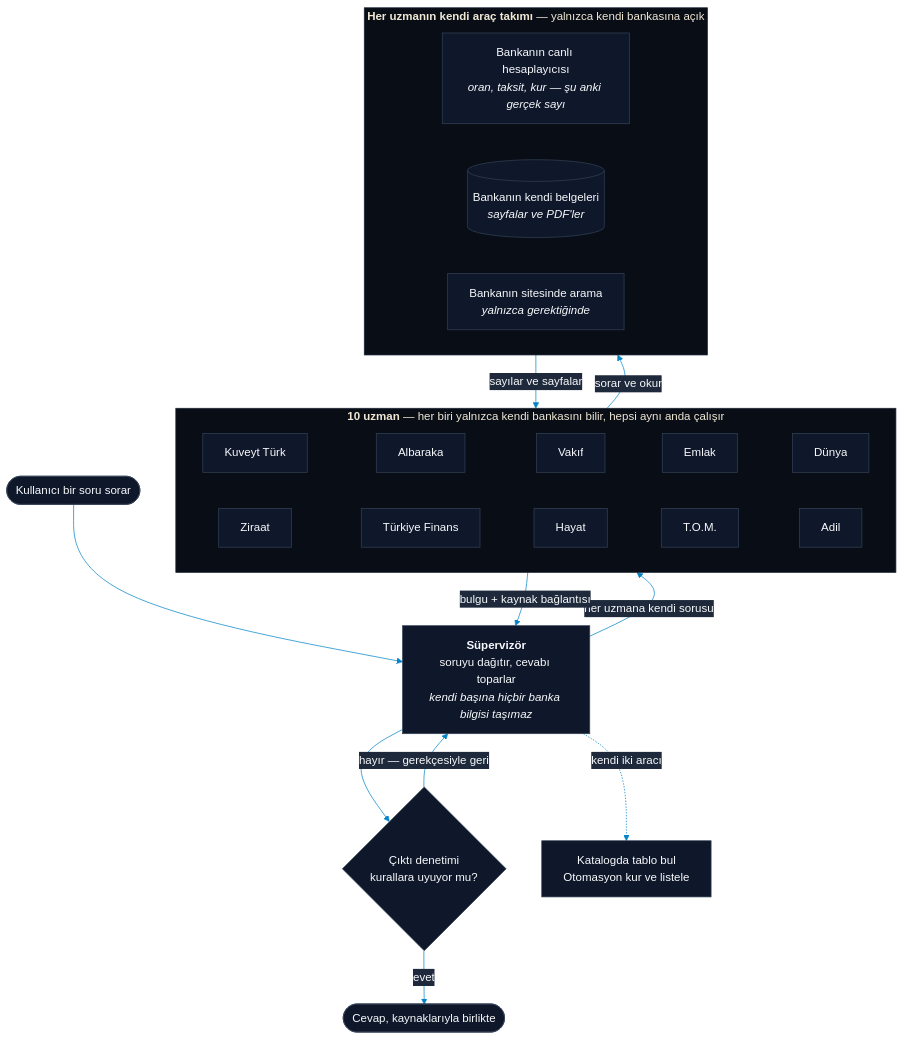
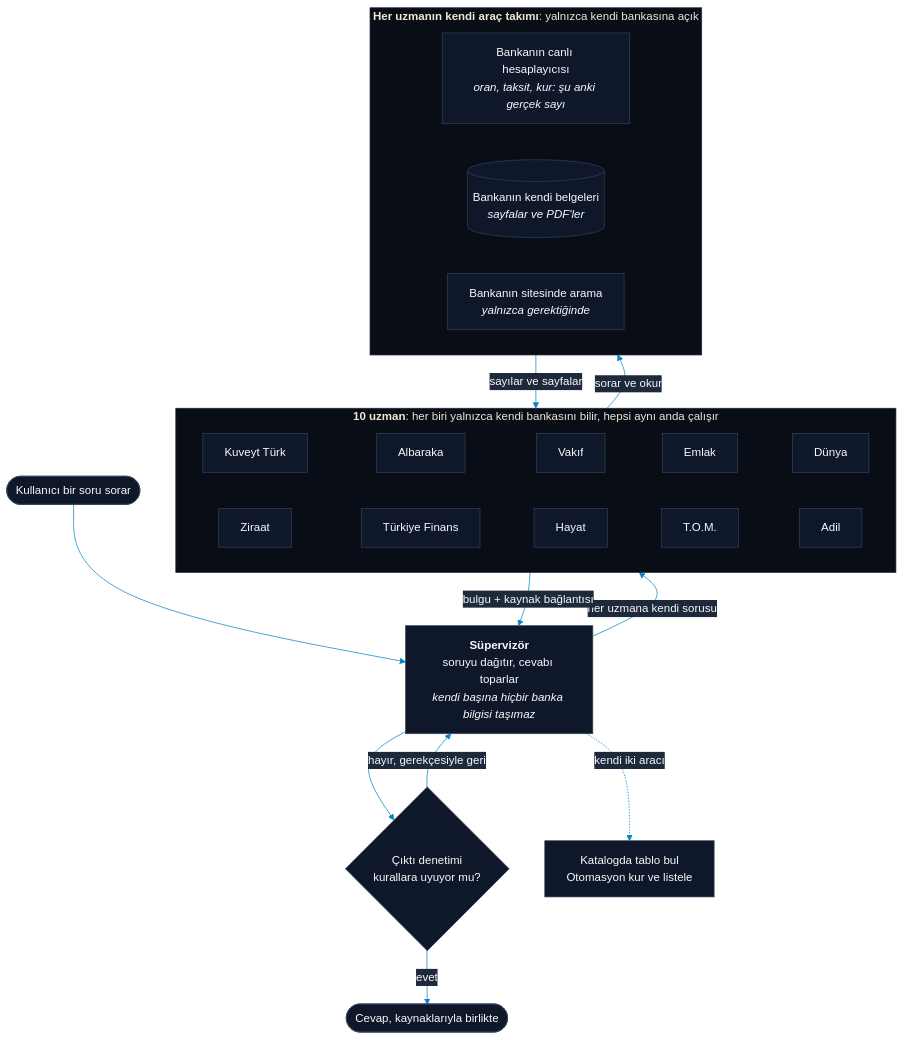
Before and after one commit to Abdurrahman-Wahdan/TEKNOFEST2026-Yapay-Zeka-Dil-Ajanlari-Yarismasi-KERMITS: the fifth of 18 diagrams in README.md, drawn with Mermaid. The commit also changed other lines of this file, not shown here.

````diff
--- a/README.md
+++ b/README.md
@@ -285,32 +285,32 @@
 ```mermaid
 %%{init: {'theme':'base','themeVariables':{'primaryColor':'#0f172a','primaryTextColor':'#f8fafc','primaryBorderColor':'#334155','lineColor':'#0284c7','secondaryColor':'#1e293b','tertiaryColor':'#0f172a','clusterBkg':'#090d16','clusterBorder':'#1e293b'}}}%%
 flowchart TB
     U(["Kullanıcı bir soru sorar"])
     SUP["<b>Süpervizör</b><br/>soruyu dağıtır, cevabı toparlar<br/><i>kendi başına hiçbir banka bilgisi taşımaz</i>"]
 
     U --> SUP
 
-    subgraph SPEC["<b>10 uzman</b> — her biri yalnızca kendi bankasını bilir, hepsi aynı anda çalışır"]
+    subgraph SPEC["<b>10 uzman</b>: her biri yalnızca kendi bankasını bilir, hepsi aynı anda çalışır"]
         direction LR
         S1["Kuveyt Türk"] ~~~ S2["Albaraka"] ~~~ S3["Vakıf"] ~~~ S4["Emlak"] ~~~ S5["Dünya"]
         S6["Ziraat"] ~~~ S7["Türkiye Finans"] ~~~ S8["Hayat"] ~~~ S9["T.O.M."] ~~~ S10["Adil"]
     end
 
-    subgraph TOOLS["<b>Her uzmanın kendi araç takımı</b> — yalnızca kendi bankasına açık"]
+    subgraph TOOLS["<b>Her uzmanın kendi araç takımı</b>: yalnızca kendi bankasına açık"]
         direction LR
-        T1["Bankanın canlı hesaplayıcısı<br/><i>oran, taksit, kur — şu anki gerçek sayı</i>"]
+        T1["Bankanın canlı hesaplayıcısı<br/><i>oran, taksit, kur: şu anki gerçek sayı</i>"]
         T2[("Bankanın kendi belgeleri<br/><i>sayfalar ve PDF'ler</i>")]
         T3["Bankanın sitesinde arama<br/><i>yalnızca gerektiğinde</i>"]
     end
 
     SUP -->|"her uzmana kendi sorusu"| SPEC
     SPEC -->|"sorar ve okur"| TOOLS
     TOOLS -->|"sayılar ve sayfalar"| SPEC
     SPEC -->|"bulgu + kaynak bağlantısı"| SUP
 
     SUP --> G{"Çıktı denetimi<br/>kurallara uyuyor mu?"}
-    G -->|"hayır — gerekçesiyle geri"| SUP
+    G -->|"hayır, gerekçesiyle geri"| SUP
     G -->|"evet"| OUT(["Cevap, kaynaklarıyla birlikte"])
 
     SUP -.->|"kendi iki aracı"| SUPT["Katalogda tablo bul<br/>Otomasyon kur ve listele"]
 ```
````
